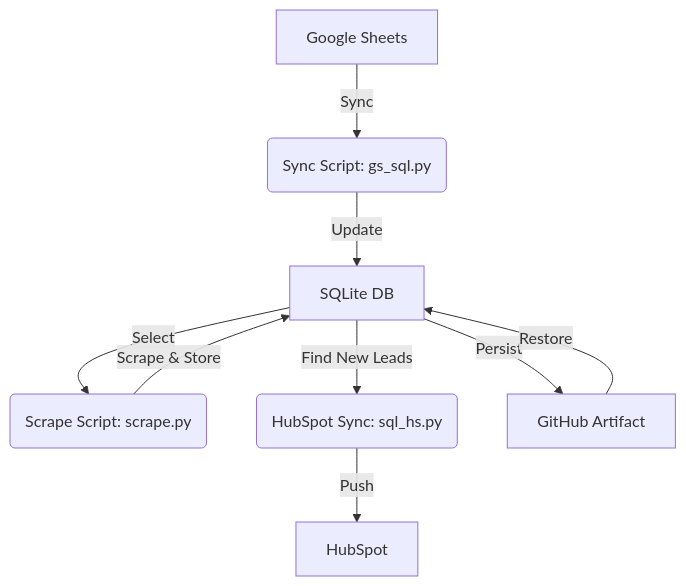
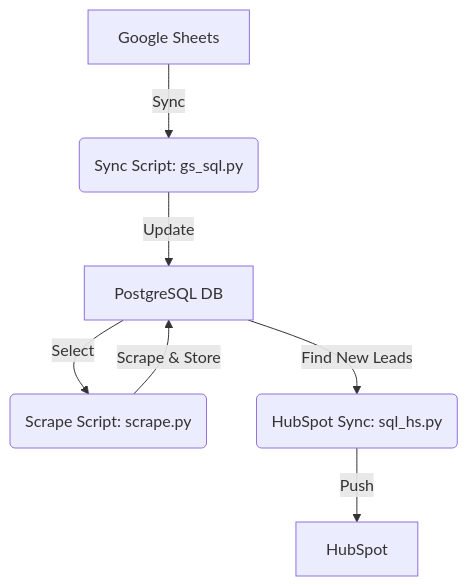
The diagram in README.md (tom-youngblood/linkedin-analytics-airflow), drawn with Mermaid before and after one commit. The commit also changed other lines of this file and 13 other files, not shown here.

````diff
--- a/README.md
+++ b/README.md
@@ -20,11 +20,9 @@
 ```mermaid
 graph TD;
     A[Google Sheets] -->|Sync| B(Sync Script: gs_sql.py)
-    B -->|Update| C[SQLite DB]
+    B -->|Update| C[PostgreSQL DB]
     C -->|Select| D(Scrape Script: scrape.py)
     D -->|Scrape & Store| C
     C -->|Find New Leads| E(HubSpot Sync: sql_hs.py)
     E -->|Push| F[HubSpot]
-    C -->|Persist| G[GitHub Artifact]
-    G -->|Restore| C
 ```
````
